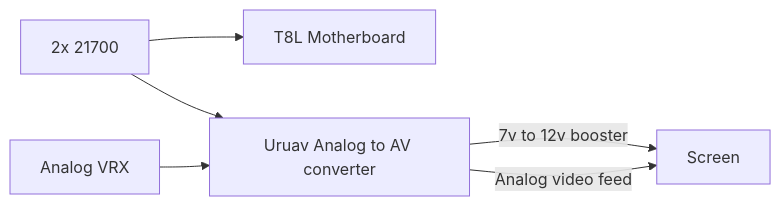
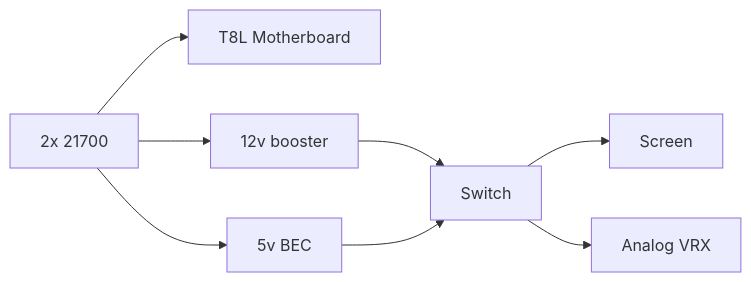
One commit to wawannbe/T8L-Analog-Mod changed the second of 2 diagrams in README.md. Above: the diagram before and after it, drawn with Mermaid. The commit also changed other lines of this file, not shown here.

Commit message:
Updated wiring diagram

````diff
--- a/README.md
+++ b/README.md
@@ -30,12 +29,16 @@
 ```mermaid
 graph LR
 A[2x 21700]
 B[T8L Motherboard]
 D[Screen]
 E[Analog VRX]
-F[Uruav Analog to AV converter]
+F[5v BEC]
+G[12v booster]
+H[Switch]
 
 A --> B
-A --> F -- 7v to 12v booster --> D
-E --> F -- Analog video feed --> D
+A --> F
+A --> G
+G --> H --> D
+F --> H --> E
 ```
````
